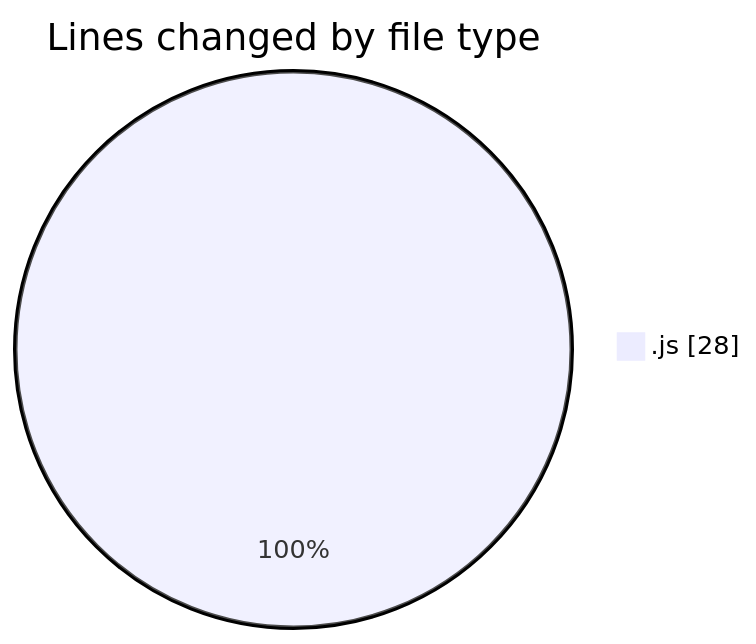
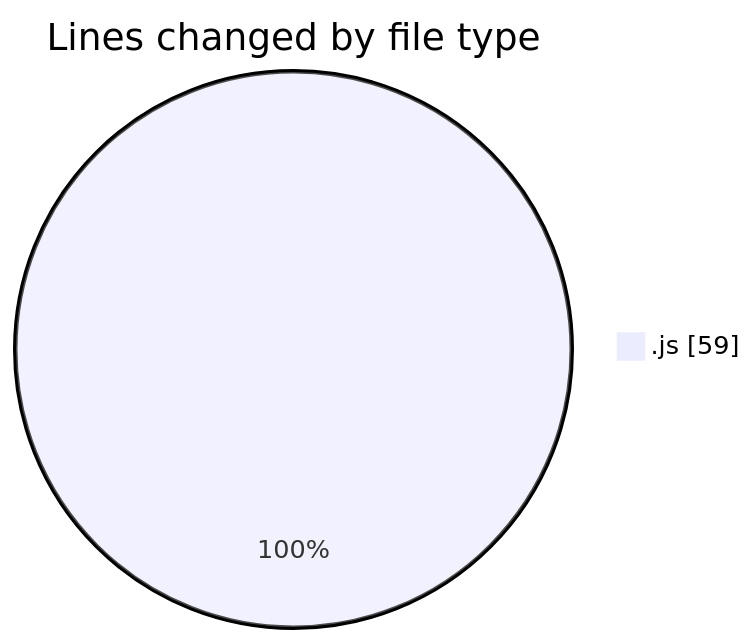
The first of 2 diagrams in 2025-08-12/cda/README.md (momahboobian/code-tracking), drawn with Mermaid before and after one commit. The commit also changed other lines of this file and 1 other file, not shown here.

````diff
--- a/2025-08-12/cda/README.md
+++ b/2025-08-12/cda/README.md
@@ -20,5 +21,5 @@
 ```mermaid
 pie showData
 title Lines changed by file type
-".js" : 28
+".js" : 59
 ```
````
